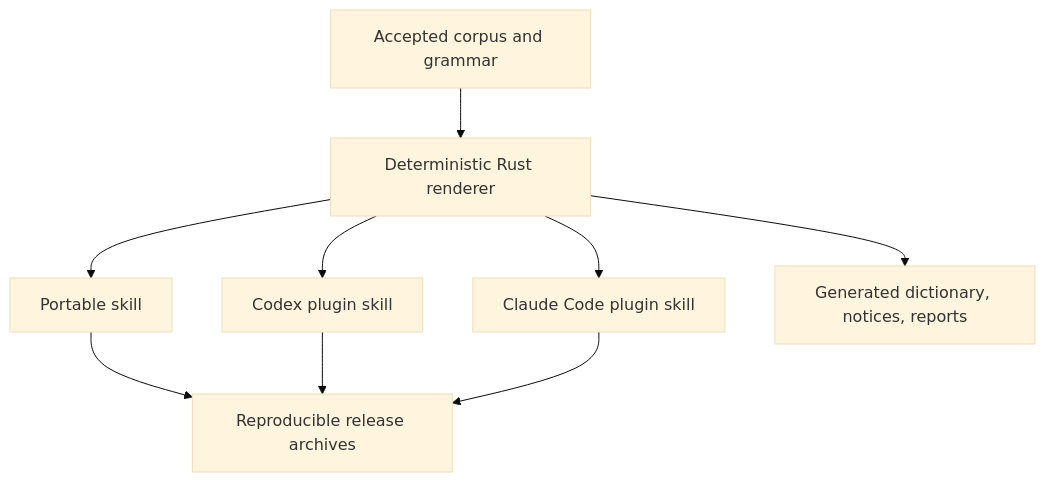
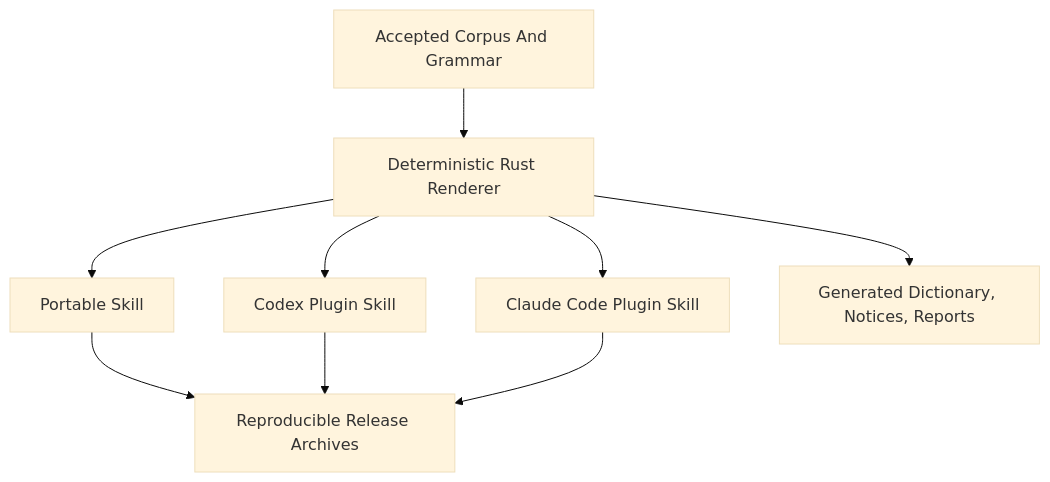
Before and after one commit to airscripts/toen: the diagram in README.md, drawn with Mermaid (base theme). The commit also changed 3 other files, not shown here.

Commit message:
docs: title case important diagram entries

````diff
--- a/README.md
+++ b/README.md
@@ -125,11 +125,11 @@
 ```mermaid
 flowchart TD
-    corpus[Accepted corpus and grammar] --> renderer[Deterministic Rust renderer]
-    renderer --> portable[Portable skill]
-    renderer --> codex[Codex plugin skill]
-    renderer --> claude[Claude Code plugin skill]
-    renderer --> docs[Generated dictionary, notices, reports]
-    portable --> packages[Reproducible release archives]
+    corpus[Accepted Corpus And Grammar] --> renderer[Deterministic Rust Renderer]
+    renderer --> portable[Portable Skill]
+    renderer --> codex[Codex Plugin Skill]
+    renderer --> claude[Claude Code Plugin Skill]
+    renderer --> docs[Generated Dictionary, Notices, Reports]
+    portable --> packages[Reproducible Release Archives]
     codex --> packages
     claude --> packages
 ```
````
